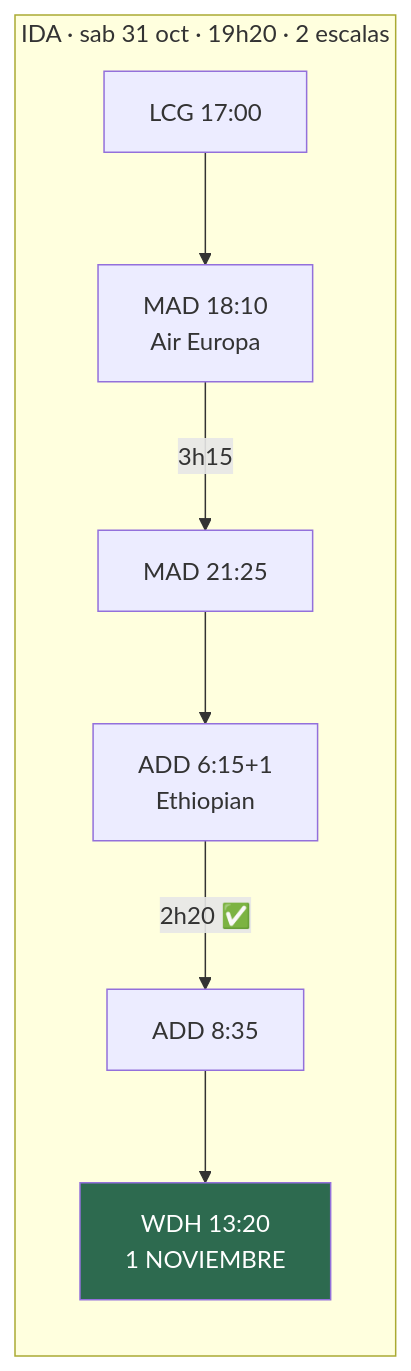
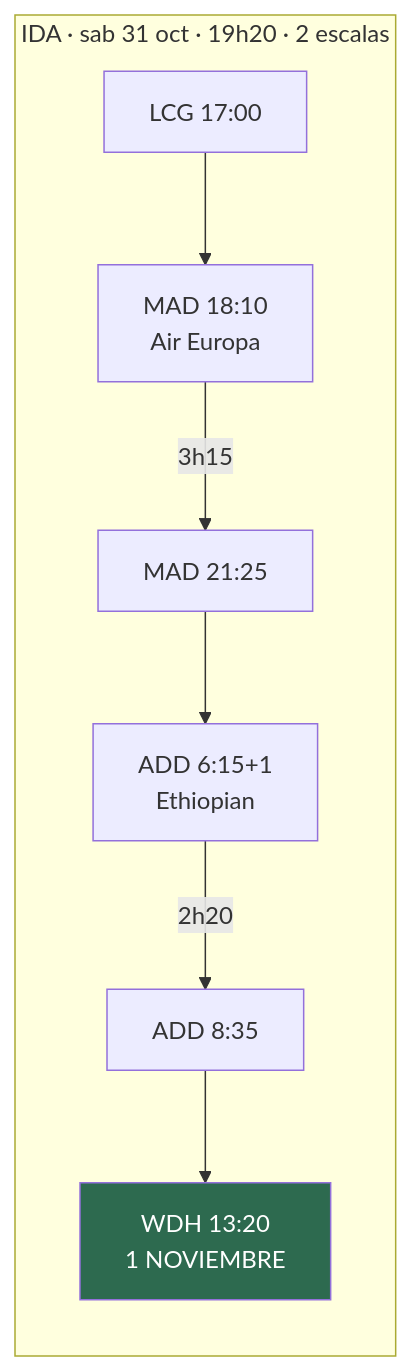
The fourth of 9 diagrams in README.md (morandeirachema/namibia), drawn with Mermaid before and after one commit. The commit also changed other lines of this file and 14 other files, not shown here.

Commit message:
Arreglar el renderizado de los diagramas en GitHub: fuera emojis, negritas y barras ASCII de dentro de los nodos, que descuadraban la medida y recortaban el texto

````diff
--- a/README.md
+++ b/README.md
@@ -207,11 +207,11 @@
 ```mermaid
 flowchart LR
     subgraph IDA["IDA · sab 31 oct · 19h20 · 2 escalas"]
         I1["LCG 17:00"] --> I2["MAD 18:10<br/>Air Europa"]
         I2 -->|"3h15"| I3["MAD 21:25"]
         I3 --> I4["ADD 6:15+1<br/>Ethiopian"]
-        I4 -->|"2h20 ✅"| I5["ADD 8:35"]
+        I4 -->|"2h20 "| I5["ADD 8:35"]
         I5 --> I6["WDH 13:20<br/>1 NOVIEMBRE"]
     end
     style I6 fill:#2d6a4f,color:#fff
 ```
````
